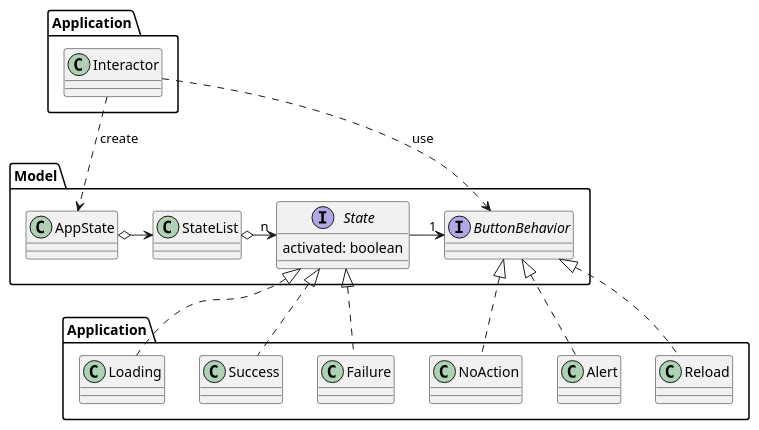
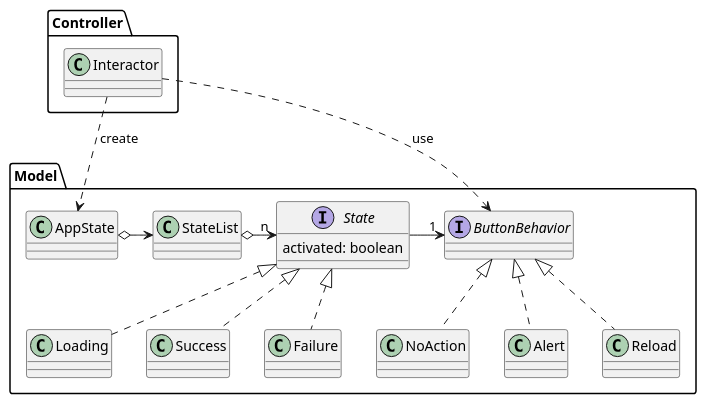
Before and after one commit to tooppoo/sample-for-vue-with-design-patterns: the second of 2 diagrams in docs/strategy.puml, drawn with PlantUML. The commit also changed other lines of this file and 5 other files, not shown here.

```diff
--- a/docs/strategy.puml
+++ b/docs/strategy.puml
@@ -38,36 +38,27 @@
 @startuml Strategy Pattern
 package Model {
   interface ButtonBehavior
   class "StateList" as MStateList
   interface "State" as MState {
     activated: boolean
   }
   AppState o-r-> MStateList
   MStateList o-r-> "n" MState
   MState -r-> "1" ButtonBehavior
+
+  MState <|.. Loading
+  MState <|.. Success
+  MState <|.. Failure
+
+  ButtonBehavior <|.. NoAction
+  ButtonBehavior <|.. Alert
+  ButtonBehavior <|.. Reload
 }
 
-package "Application" as App1 {
+package Controller {
   class Interactor
-}
-package "Application" as App2 {
-  class Loading
-  class Success
-  class Failure
-  
-  class NoAction
-  class Alert
-  class Reload
 }
 
 Interactor .r.> AppState : create
 Interactor ..> ButtonBehavior : use
-
-MState <|.. Loading
-MState <|.. Success
-MState <|.. Failure
-
-ButtonBehavior <|.. NoAction
-ButtonBehavior <|.. Alert
-ButtonBehavior <|.. Reload
 @enduml
```
